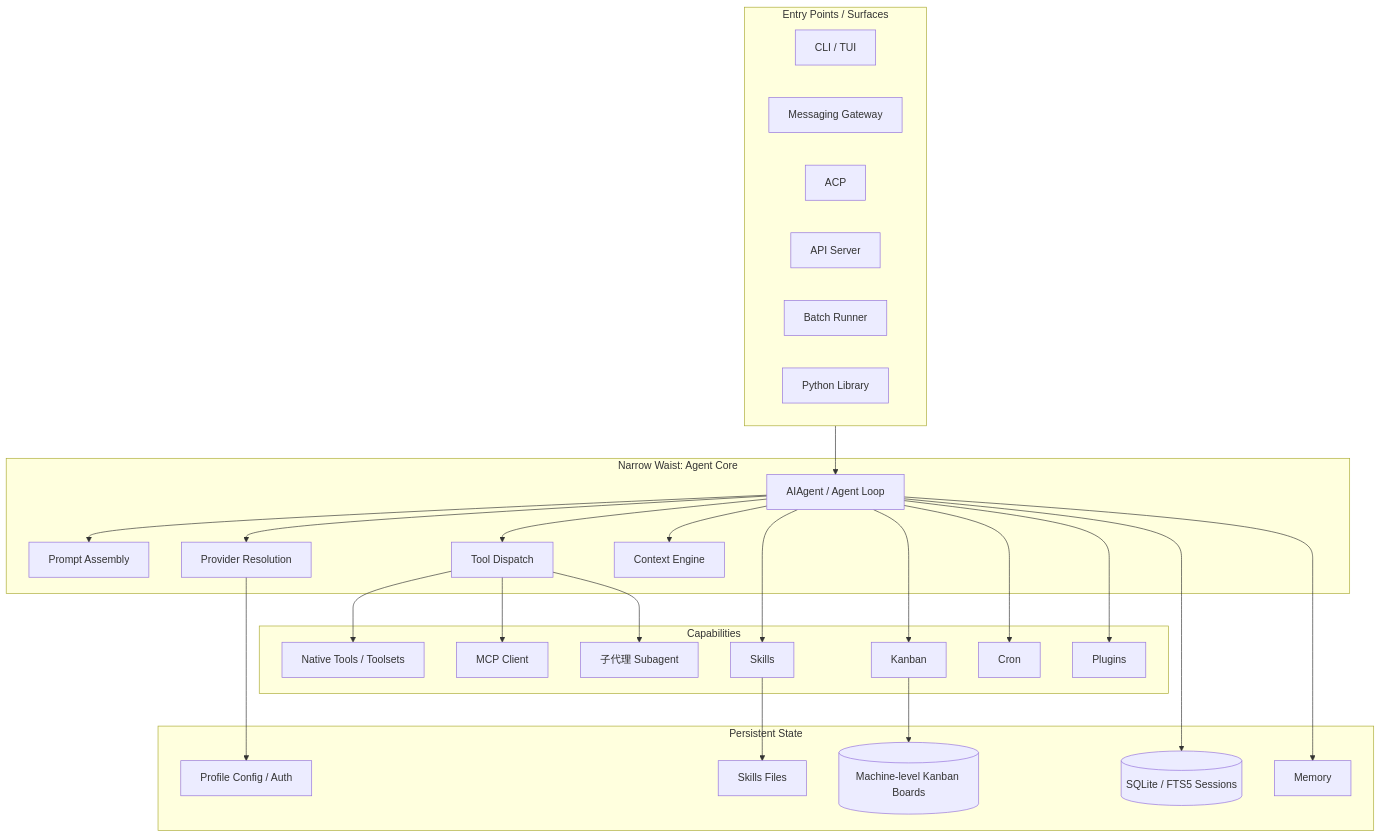
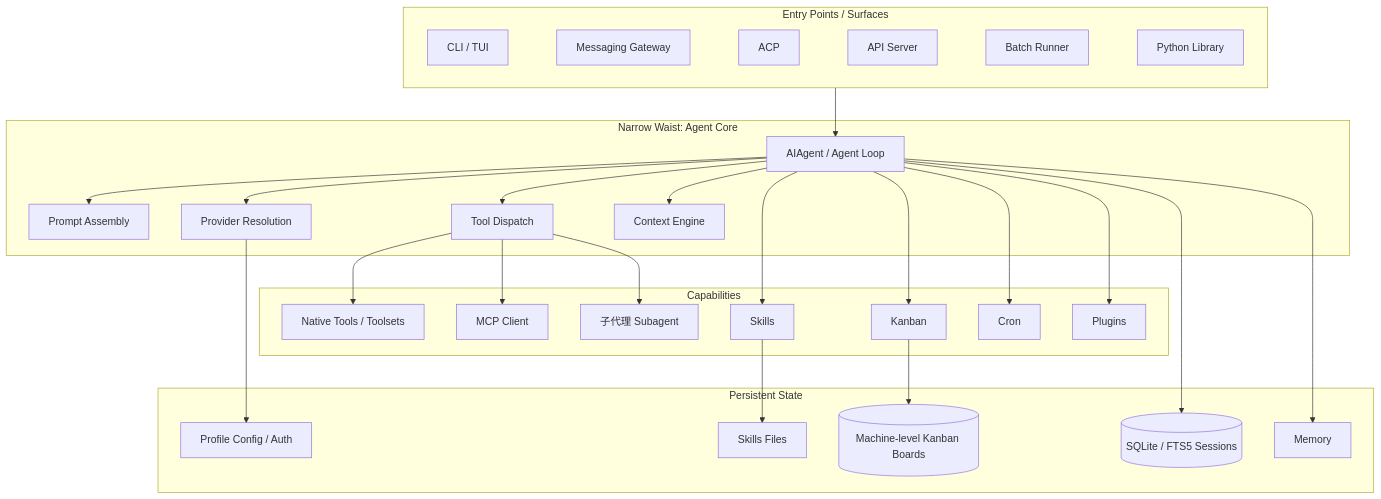
The first of 7 diagrams in 06-architecture.md (qixiaoz/hermes-agent-wiki), drawn with Mermaid before and after one commit.

Commit message:
docs: force horizontal layout for entry surfaces

````diff
--- a/06-architecture.md
+++ b/06-architecture.md
@@ -9,55 +9,57 @@
 ```mermaid
 flowchart TB
     subgraph Entry["Entry Points / Surfaces"]
+      direction LR
       CLI[CLI / TUI]
       GW[Messaging Gateway]
       ACP[ACP]
       API[API Server]
       BATCH[Batch Runner]
       PY[Python Library]
+      CLI ~~~ GW ~~~ ACP ~~~ API ~~~ BATCH ~~~ PY
     end
 
     subgraph Core["Narrow Waist: Agent Core"]
       AG[AIAgent / Agent Loop]
       PB[Prompt Assembly]
       PR[Provider Resolution]
       TD[Tool Dispatch]
       CE[Context Engine]
     end
 
     subgraph Cap["Capabilities"]
       TOOLS[Native Tools / Toolsets]
       MCP[MCP Client]
       SK[Skills]
       SUB[子代理 Subagent]
       KB[Kanban]
       CRON[Cron]
       PLUG[Plugins]
     end
 
     subgraph State["Persistent State"]
       SS[(SQLite / FTS5 Sessions)]
       MEM[Memory]
       SKFS[Skills Files]
       KDB[(Machine-level Kanban Boards)]
       CFG[Profile Config / Auth]
     end
 
     Entry --> AG
     AG --> PB
     AG --> PR
     AG --> TD
     AG --> CE
     TD --> TOOLS
     TD --> MCP
     TD --> SUB
     AG --> SK
     AG --> KB
     AG --> CRON
     AG --> PLUG
     AG --> SS
     AG --> MEM
     SK --> SKFS
     KB --> KDB
     PR --> CFG
 ```
````
